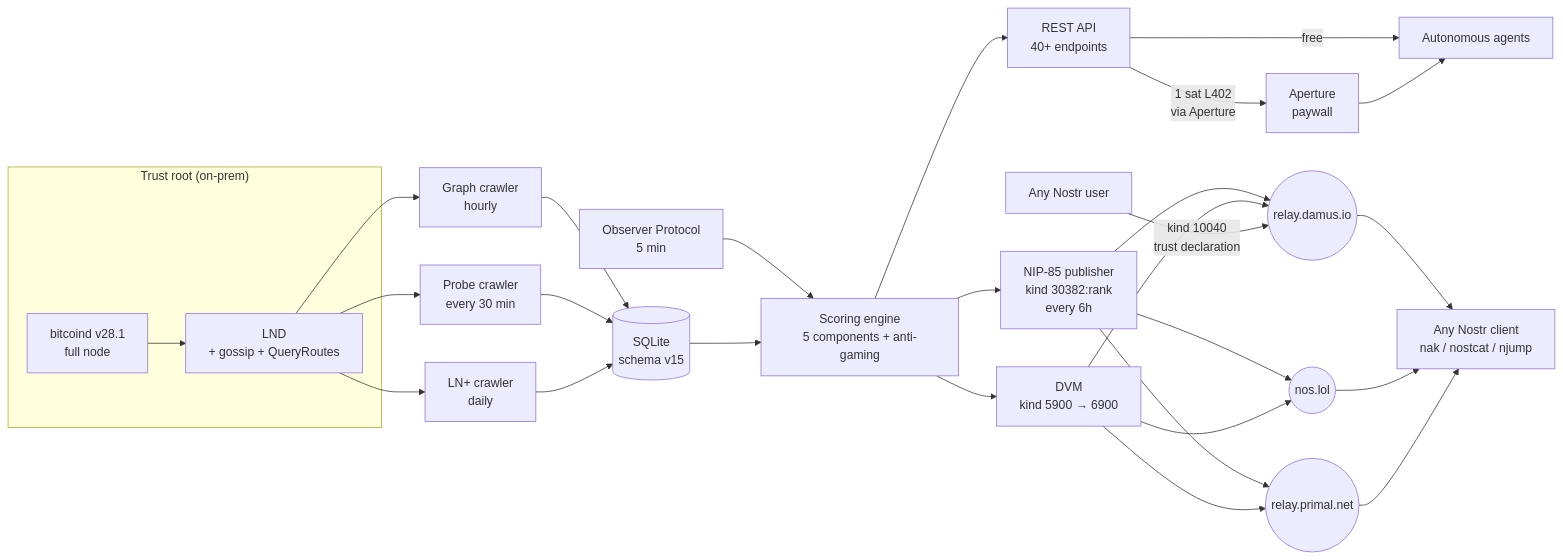
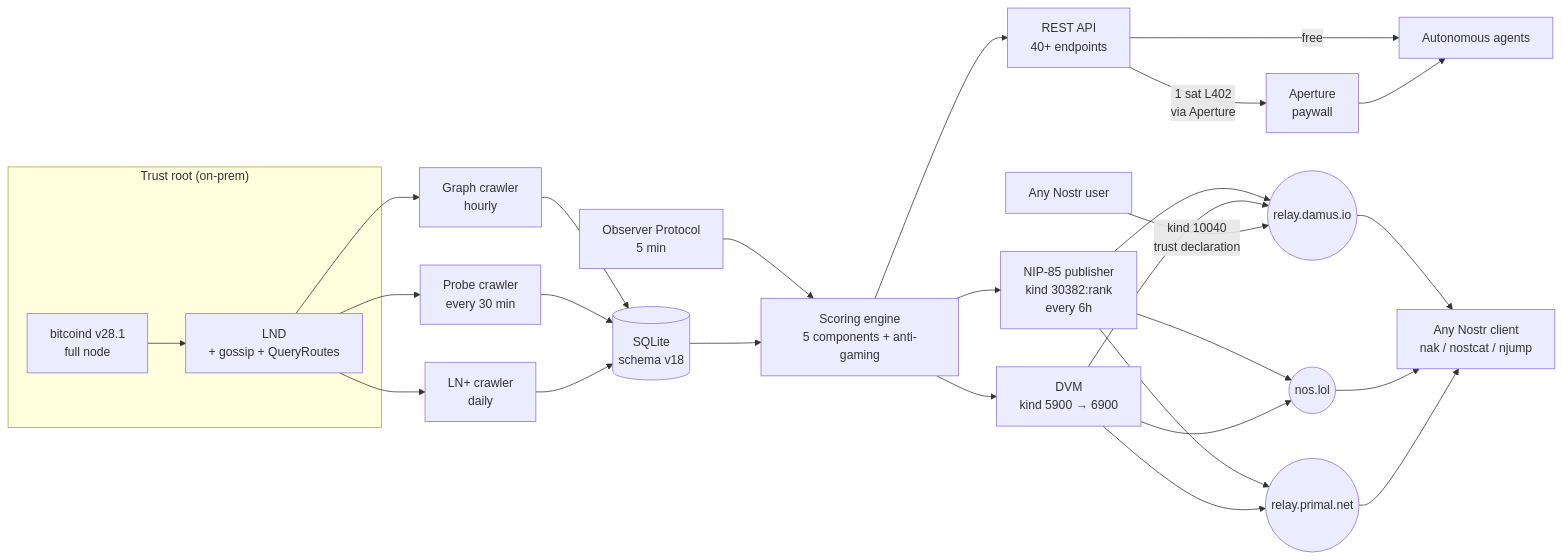
The diagram in README.md (proofoftrust21/satrank), drawn with Mermaid before and after one commit. The commit also changed other lines of this file and 4 other files, not shown here.

First line of the commit message:
docs: harmonize all documentation with current scoring architecture

````diff
--- a/README.md
+++ b/README.md
@@ -34,38 +34,38 @@
 ```mermaid
 flowchart LR
   subgraph Trust_Root["Trust root (on-prem)"]
     BTC[bitcoind v28.1<br/>full node]
     LND[LND<br/>+ gossip + QueryRoutes]
   end
 
   BTC --> LND
   LND --> GC[Graph crawler<br/>hourly]
   LND --> PC[Probe crawler<br/>every 30 min]
   LND --> LP[LN+ crawler<br/>daily]
   OBS[Observer Protocol<br/>5 min] --> SE
 
-  GC --> DB[(SQLite<br/>schema v15)]
+  GC --> DB[(SQLite<br/>schema v18)]
   PC --> DB
   LP --> DB
 
   DB --> SE[Scoring engine<br/>5 components + anti-gaming]
   SE --> API[REST API<br/>40+ endpoints]
   SE --> NP[NIP-85 publisher<br/>kind 30382:rank<br/>every 6h]
   SE --> DVM[DVM<br/>kind 5900 → 6900]
 
   NP --> R1((relay.damus.io))
   NP --> R2((nos.lol))
   NP --> R3((relay.primal.net))
   DVM --> R1
   DVM --> R2
   DVM --> R3
 
   API -->|free| Agents
   API -->|1 sat L402<br/>via Aperture| L402[Aperture<br/>paywall]
   L402 --> Agents[Autonomous agents]
   R1 --> Clients[Any Nostr client<br/>nak / nostcat / njump]
   R2 --> Clients
   R3 --> Clients
 
   User[Any Nostr user] -->|kind 10040<br/>trust declaration| R1
 ```
````
